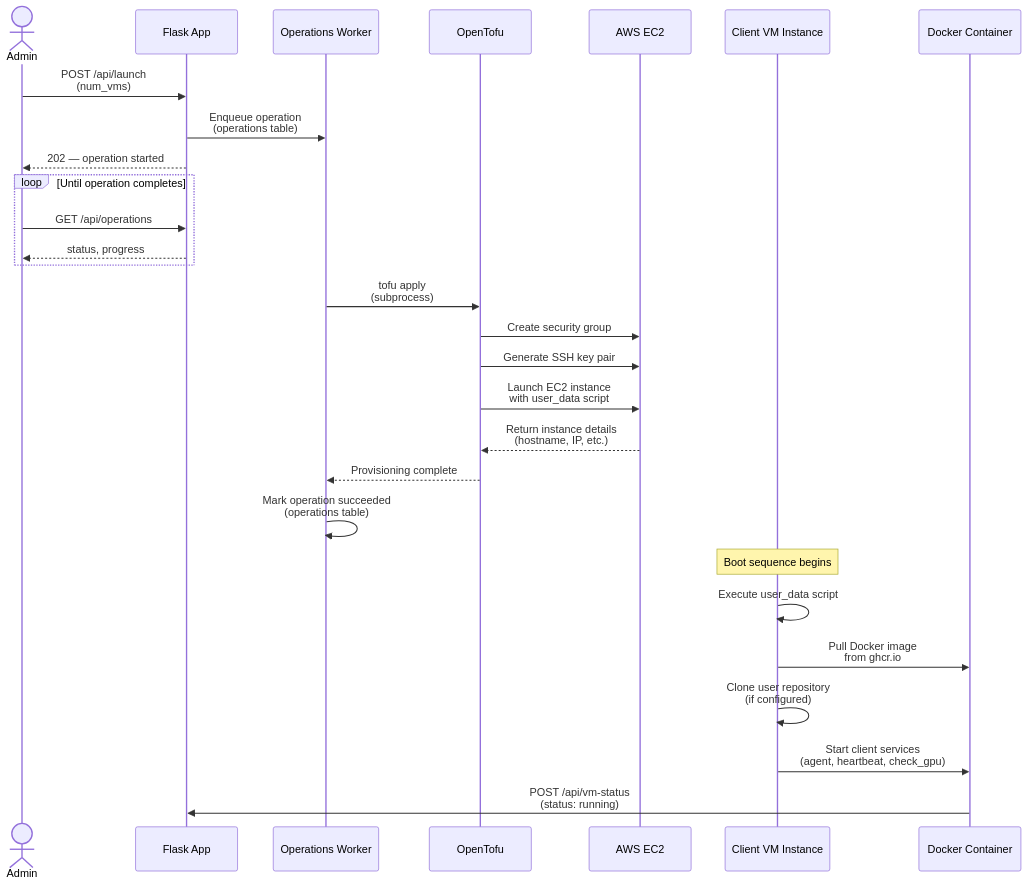
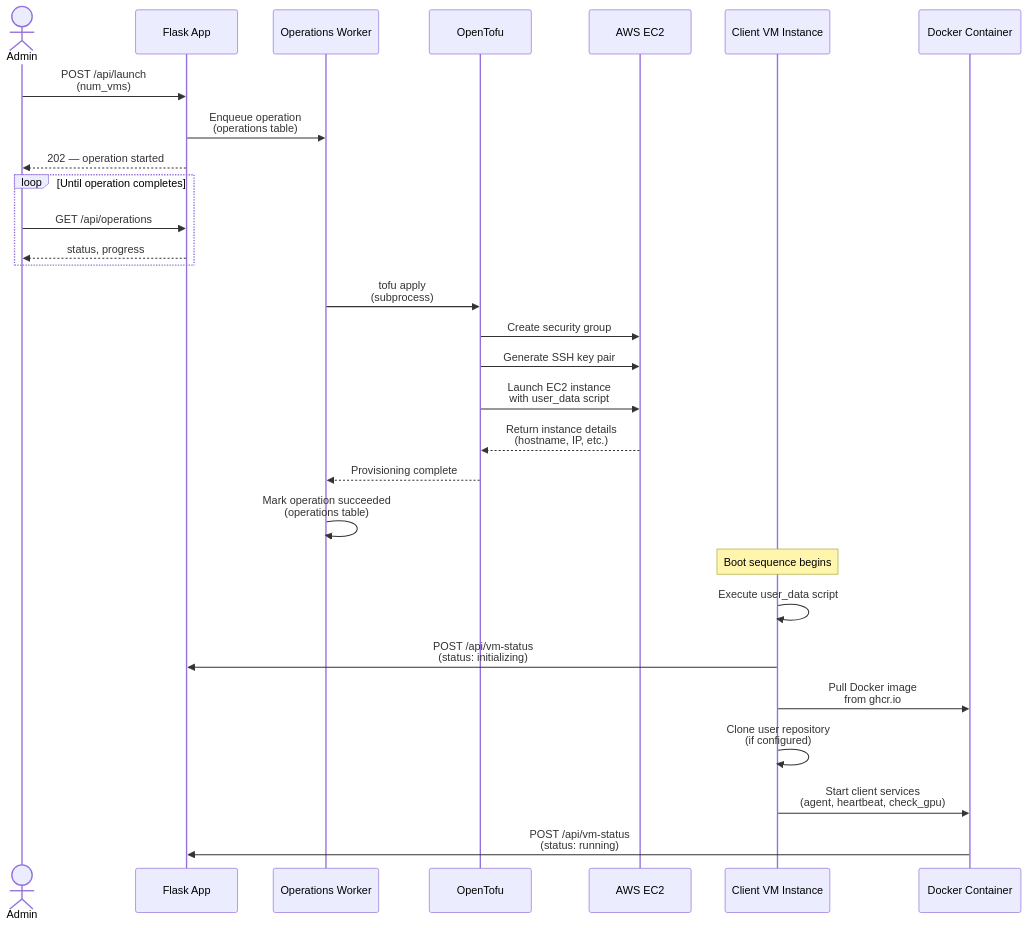
The third of 4 diagrams in docs/architecture.md (talmolab/lablink), drawn with Mermaid before and after one commit. The commit also changed other lines of this file and 29 other files, not shown here.

````diff
--- a/docs/architecture.md
+++ b/docs/architecture.md
@@ -396,35 +323,36 @@
 ```mermaid
 sequenceDiagram
     actor Admin
     participant Flask as Flask App
     participant Worker as Operations Worker
     participant OpenTofu
     participant AWS as AWS EC2
     participant VM as Client VM Instance
     participant Docker as Docker Container
 
     Admin->>Flask: POST /api/launch<br/>(num_vms)
     Flask->>Worker: Enqueue operation<br/>(operations table)
     Flask-->>Admin: 202 — operation started
 
     loop Until operation completes
         Admin->>Flask: GET /api/operations
         Flask-->>Admin: status, progress
     end
 
     Worker->>OpenTofu: tofu apply<br/>(subprocess)
     OpenTofu->>AWS: Create security group
     OpenTofu->>AWS: Generate SSH key pair
     OpenTofu->>AWS: Launch EC2 instance<br/>with user_data script
     AWS-->>OpenTofu: Return instance details<br/>(hostname, IP, etc.)
     OpenTofu-->>Worker: Provisioning complete
     Worker->>Worker: Mark operation succeeded<br/>(operations table)
 
     Note over VM: Boot sequence begins
     VM->>VM: Execute user_data script
+    VM->>Flask: POST /api/vm-status<br/>(status: initializing)
 
     VM->>Docker: Pull Docker image<br/>from ghcr.io
     VM->>VM: Clone user repository<br/>(if configured)
     VM->>Docker: Start client services<br/>(agent, heartbeat, check_gpu)
     Docker->>Flask: POST /api/vm-status<br/>(status: running)
 ```
````
